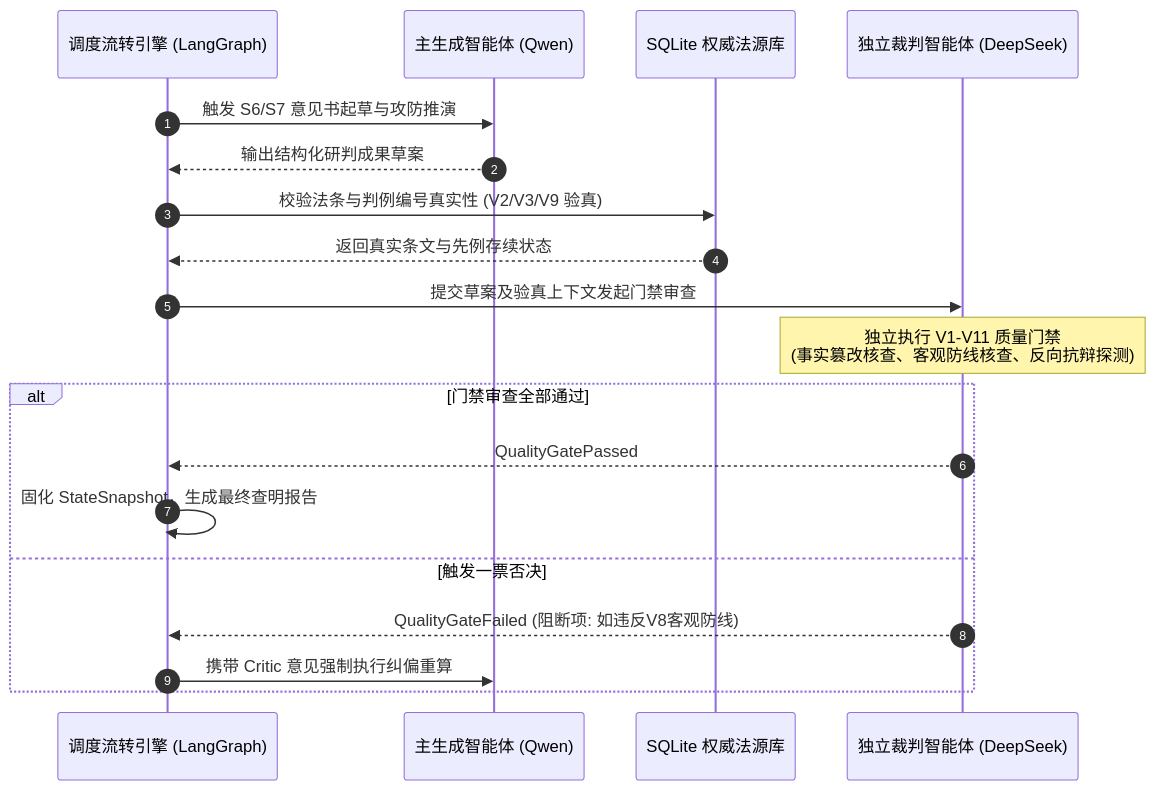
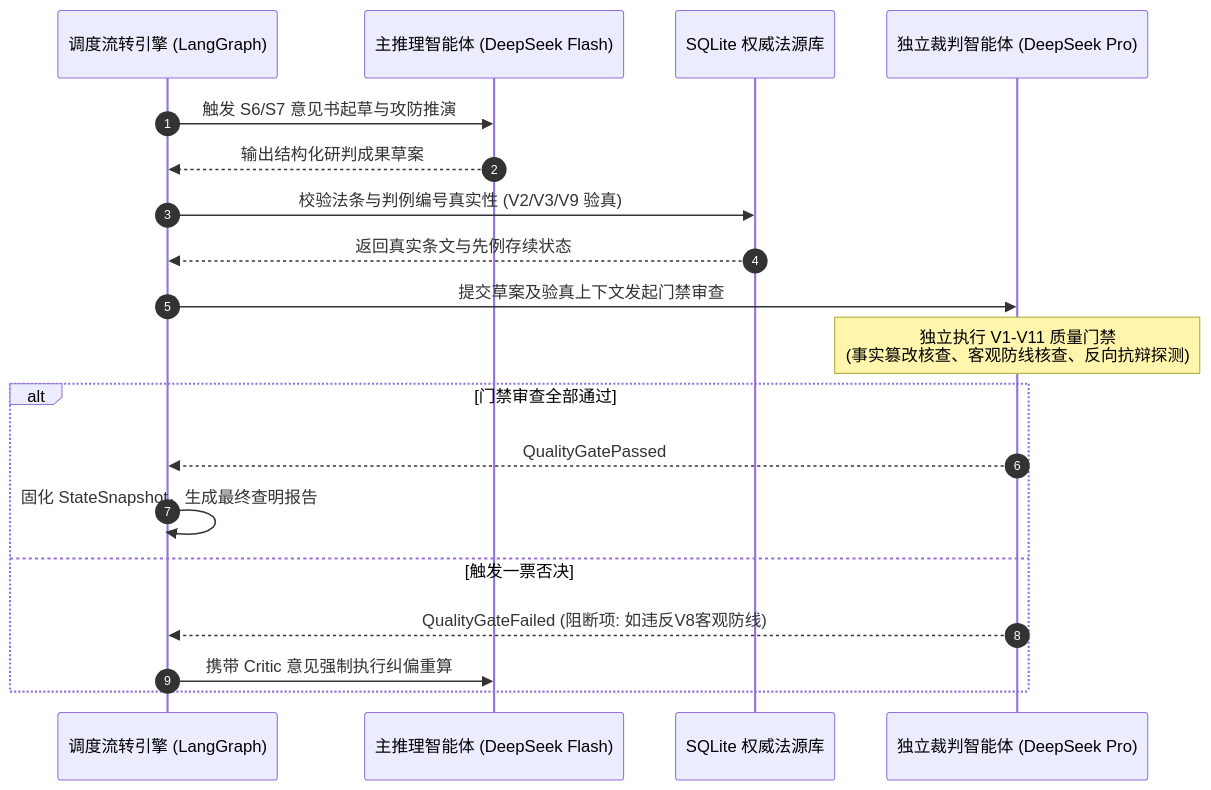
The fourth of 5 diagrams in 技术说明.md (mercedtednolkaife-create/OverseasLawAssist), drawn with Mermaid before and after one commit. The commit also changed other lines of this file and 45 other files, not shown here.

````diff
--- a/技术说明.md
+++ b/技术说明.md
@@ -255,22 +235,22 @@
 ```mermaid
 sequenceDiagram
     autonumber
     participant Orch as 调度流转引擎 (LangGraph)
-    participant Gen as 主生成智能体 (Qwen)
+    participant Gen as 主推理智能体 (DeepSeek Flash)
     participant DB as SQLite 权威法源库
-    participant Critic as 独立裁判智能体 (DeepSeek)
+    participant Critic as 独立裁判智能体 (DeepSeek Pro)
     
     Orch->>Gen: 触发 S6/S7 意见书起草与攻防推演
     Gen-->>Orch: 输出结构化研判成果草案
     Orch->>DB: 校验法条与判例编号真实性 (V2/V3/V9 验真)
     DB-->>Orch: 返回真实条文与先例存续状态
     Orch->>Critic: 提交草案及验真上下文发起门禁审查
     Note over Critic: 独立执行 V1-V11 质量门禁<br/>(事实篡改核查、客观防线核查、反向抗辩探测)
     alt 门禁审查全部通过
         Critic-->>Orch: QualityGatePassed
         Orch->>Orch: 固化 StateSnapshot，生成最终查明报告
     else 触发一票否决
         Critic-->>Orch: QualityGateFailed (阻断项: 如违反V8客观防线)
         Orch->>Gen: 携带 Critic 意见强制执行纠偏重算
     end
 ```
````
